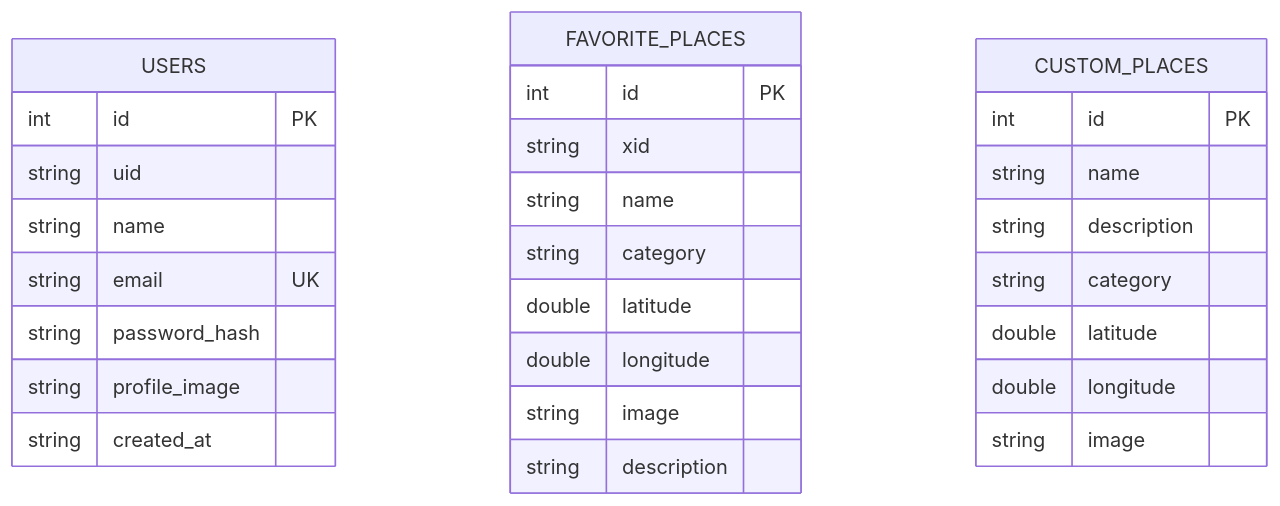
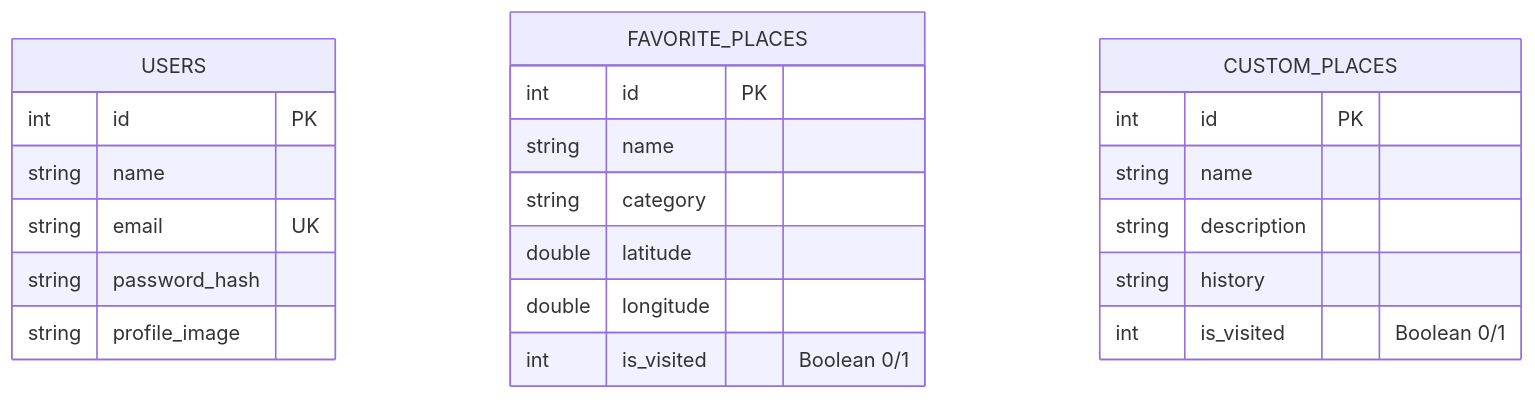
One commit to Kaioguilherme1/RoraiTour changed the second of 2 diagrams in README.md. Above: the diagram before and after it, drawn with Mermaid. The commit also changed other lines of this file and 1 other file, not shown here.

Commit message:
docs: improve README with detailed tech stack, library descriptions and architecture

````diff
--- a/README.md
+++ b/README.md
@@ -62,31 +82,25 @@
 ```mermaid
 erDiagram
     USERS {
         int id PK
-        string uid
         string name
         string email UK
         string password_hash
         string profile_image
-        string created_at
     }
     FAVORITE_PLACES {
         int id PK
-        string xid
         string name
         string category
         double latitude
         double longitude
-        string image
-        string description
+        int is_visited "Boolean 0/1"
     }
     CUSTOM_PLACES {
         int id PK
         string name
         string description
-        string category
-        double latitude
-        double longitude
-        string image
+        string history
+        int is_visited "Boolean 0/1"
     }
 ```
````
